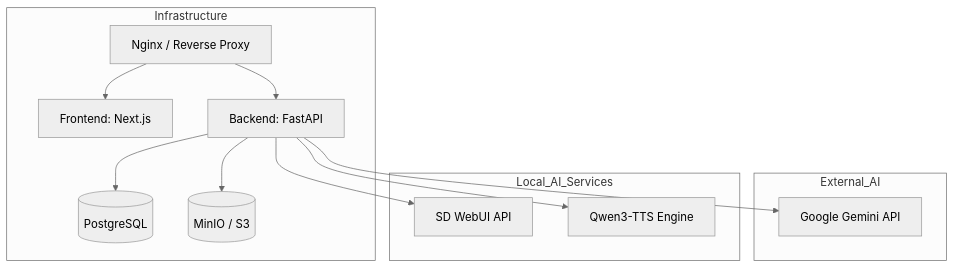
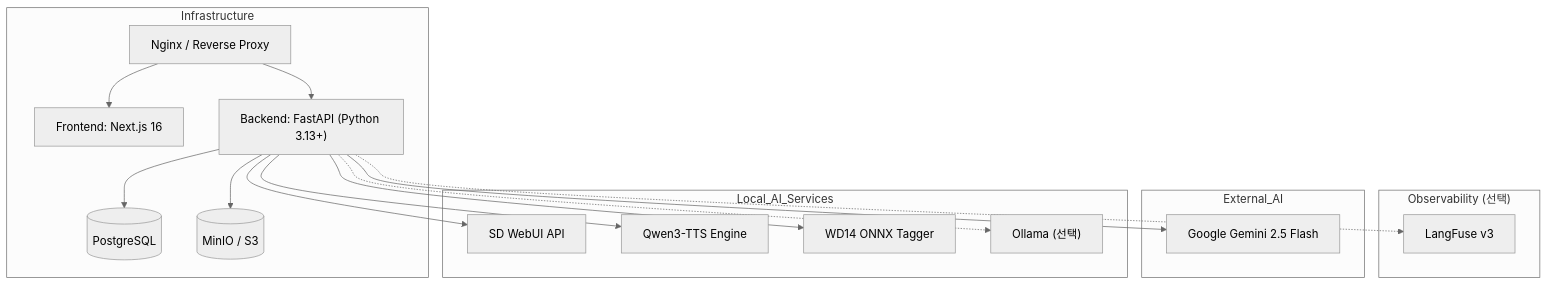
The diagram in docs/04_operations/DEPLOYMENT.md (tomo-playground/sdd-orchestrator), drawn with Mermaid (neutral theme) before and after one commit. The commit also changed other lines of this file and 45 other files, not shown here.

````diff
--- a/docs/04_operations/DEPLOYMENT.md
+++ b/docs/04_operations/DEPLOYMENT.md
@@ -7,27 +7,36 @@
 ```mermaid
 graph TD
     subgraph Infrastructure
         Proxy[Nginx / Reverse Proxy]
-        Frontend[Frontend: Next.js]
-        Backend[Backend: FastAPI]
+        Frontend["Frontend: Next.js 16"]
+        Backend["Backend: FastAPI (Python 3.13+)"]
         DB[(PostgreSQL)]
         S3[(MinIO / S3)]
     end
 
+    subgraph Observability_Optional ["Observability (선택)"]
+        LangFuse["LangFuse v3"]
+    end
+
     subgraph External_AI
-        Gemini[Google Gemini API]
+        Gemini["Google Gemini 2.5 Flash"]
     end
 
     subgraph Local_AI_Services
         SD[SD WebUI API]
-        TTS[Qwen3-TTS Engine]
+        TTS["Qwen3-TTS Engine"]
+        WD14["WD14 ONNX Tagger"]
+        Ollama["Ollama (선택)"]
     end
 
     Proxy --> Frontend
     Proxy --> Backend
     Backend --> DB
     Backend --> S3
     Backend --> Gemini
     Backend --> SD
     Backend --> TTS
+    Backend --> WD14
+    Backend -.-> LangFuse
+    Backend -.-> Ollama
 ```
````
